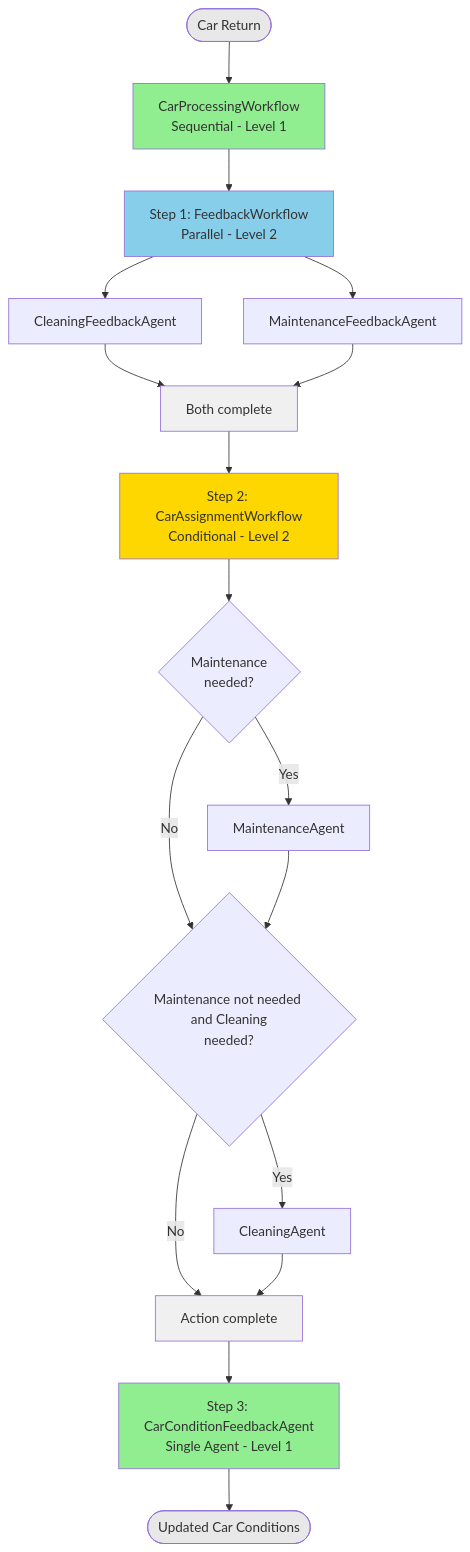
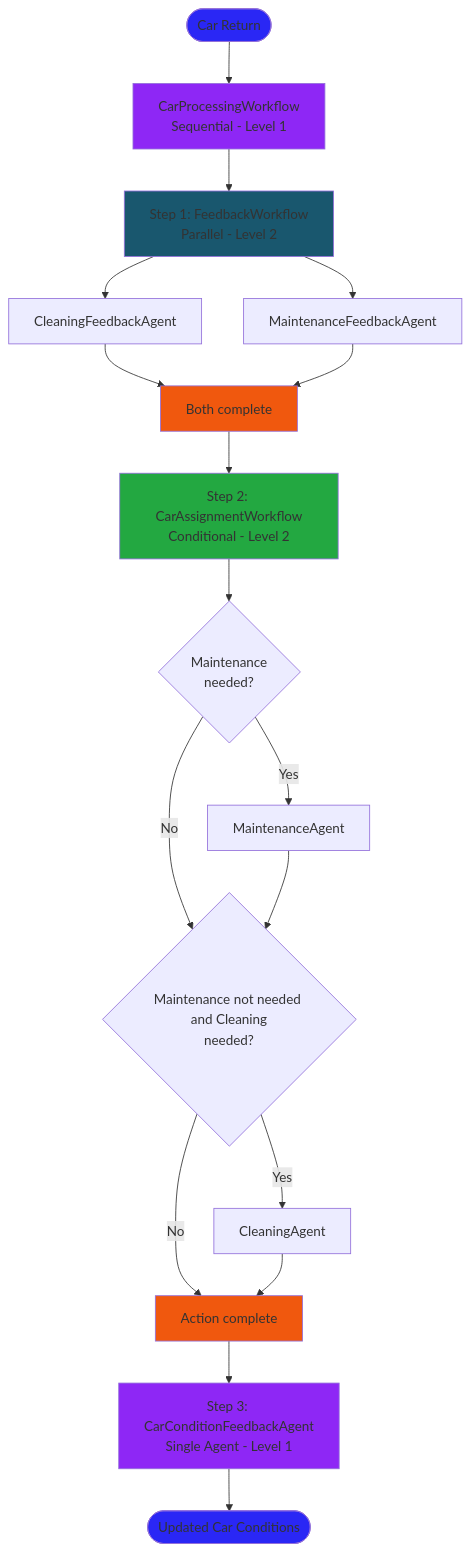
The third of 6 diagrams in docs/docs/section-2/step-03.md (OpenLiberty/liberty-workshop-langchain4j), drawn with Mermaid before and after one commit. The commit also changed other lines of this file and 12 other files, not shown here.

````diff
--- a/docs/docs/section-2/step-03.md
+++ b/docs/docs/section-2/step-03.md
@@ -114,31 +120,31 @@
 ```mermaid
 graph TB
     Start([Car Return]) --> A[CarProcessingWorkflow<br/>Sequential - Level 1]
     
     A --> B[Step 1: FeedbackWorkflow<br/>Parallel - Level 2]
     B --> B1[CleaningFeedbackAgent]
     B --> B2[MaintenanceFeedbackAgent]
     B1 --> BEnd[Both complete]
     B2 --> BEnd
     
     BEnd --> C[Step 2: CarAssignmentWorkflow<br/>Conditional - Level 2]
     C --> C1{Maintenance<br/>needed?}
     C1 -->|Yes| C2[MaintenanceAgent]
     C1 -->|No| C3{Maintenance not needed and Cleaning<br/>needed?}
     C3 -->|Yes| C4[CleaningAgent]
     C2 --> C3
     C3 -->|No| CEnd[Action complete]
     C4 --> CEnd
     
     CEnd --> D[Step 3: CarConditionFeedbackAgent<br/>Single Agent - Level 1]
     D --> End([Updated Car Conditions])
     
-    style A fill:#90EE90
-    style B fill:#87CEEB
-    style C fill:#FFD700
-    style D fill:#90EE90
-    style Start fill:#E8E8E8
-    style End fill:#E8E8E8
-    style BEnd fill:#F0F0F0
-    style CEnd fill:#F0F0F0
+    style A fill:#8E27F5
+    style B fill:#19576E
+    style C fill:#23A841
+    style D fill:#8E27F5
+    style Start fill:#2A27F5
+    style End fill:#2A27F5
+    style BEnd fill:#F0580E
+    style CEnd fill:#F0580E
 ```
````
